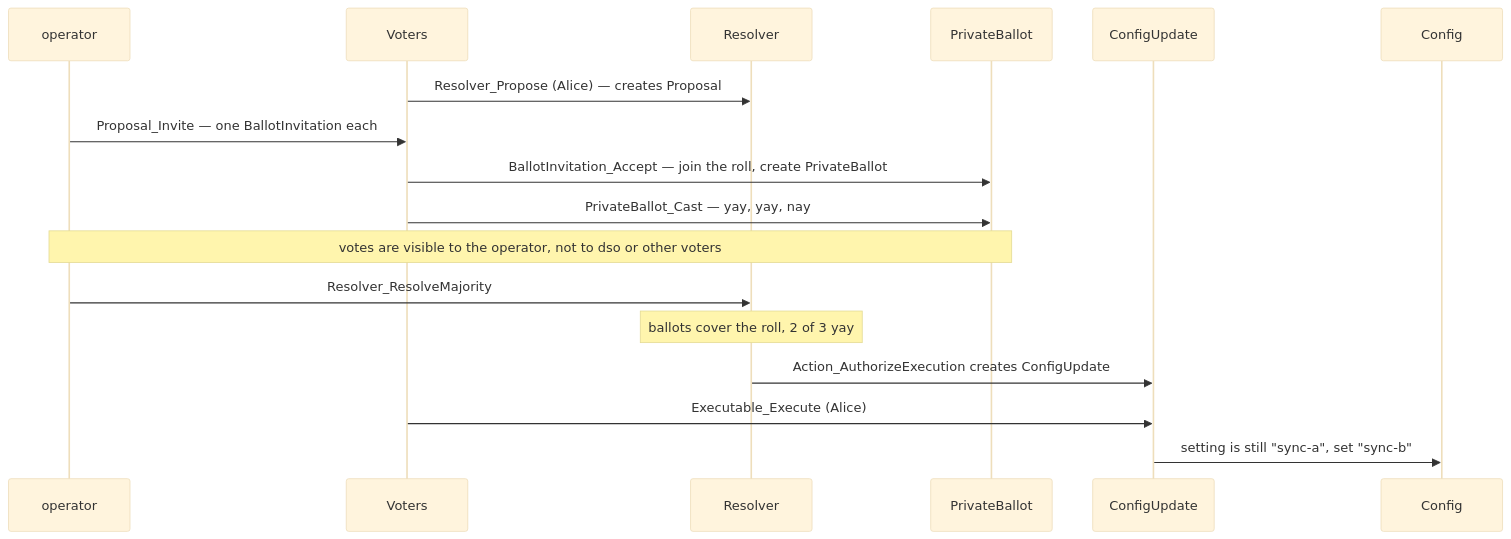
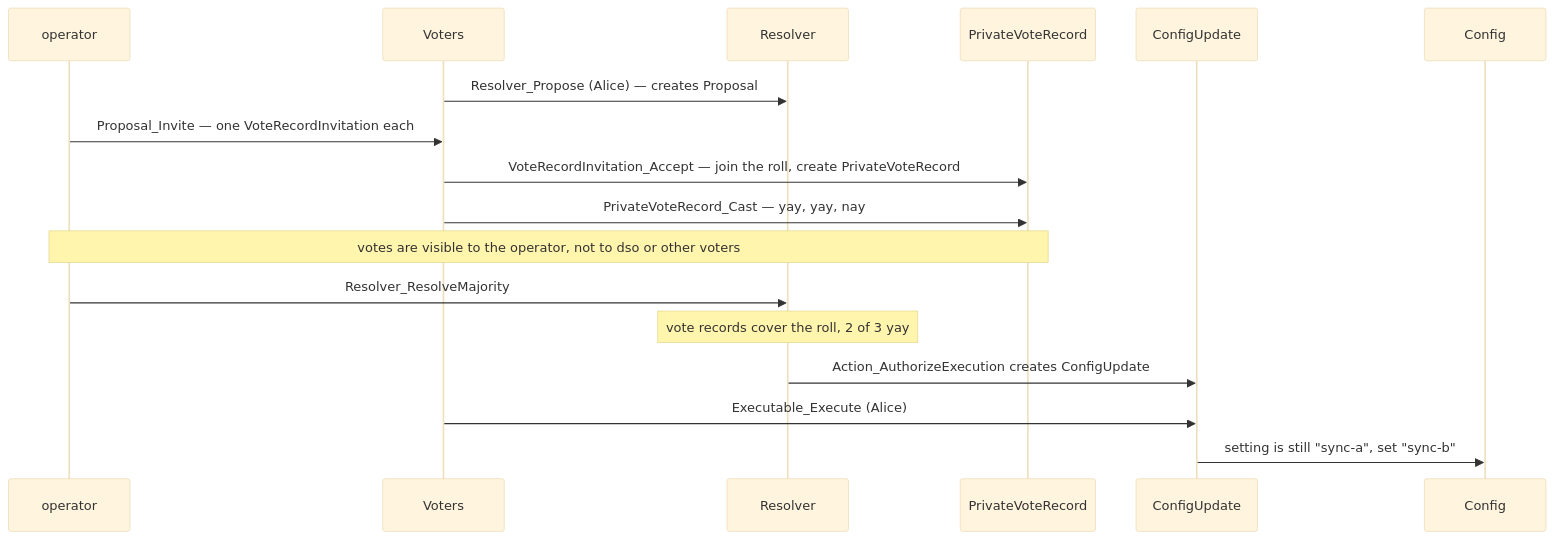
The third of 4 diagrams in examples/governance/DEMOS-happy.md (unlockitio/concordia), drawn with Mermaid (base theme) before and after one commit. The commit also changed other lines of this file and 28 other files, not shown here.

Commit message:
Merge vote and voting-rights checks, rename ballots in examples

````diff
--- a/examples/governance/DEMOS-happy.md
+++ b/examples/governance/DEMOS-happy.md
@@ -148,20 +148,20 @@
 ```mermaid
 sequenceDiagram
     participant OP as operator
     participant V as Voters
     participant R as Resolver
-    participant BL as PrivateBallot
+    participant BL as PrivateVoteRecord
     participant X as ConfigUpdate
     participant CFG as Config
 
     V->>R: Resolver_Propose (Alice) — creates Proposal
-    OP->>V: Proposal_Invite — one BallotInvitation each
-    V->>BL: BallotInvitation_Accept — join the roll, create PrivateBallot
-    V->>BL: PrivateBallot_Cast — yay, yay, nay
+    OP->>V: Proposal_Invite — one VoteRecordInvitation each
+    V->>BL: VoteRecordInvitation_Accept — join the roll, create PrivateVoteRecord
+    V->>BL: PrivateVoteRecord_Cast — yay, yay, nay
     Note over OP,BL: votes are visible to the operator, not to dso or other voters
     OP->>R: Resolver_ResolveMajority
-    Note over R: ballots cover the roll, 2 of 3 yay
+    Note over R: vote records cover the roll, 2 of 3 yay
     R->>X: Action_AuthorizeExecution creates ConfigUpdate
     V->>X: Executable_Execute (Alice)
     X->>CFG: setting is still "sync-a", set "sync-b"
 ```
````
